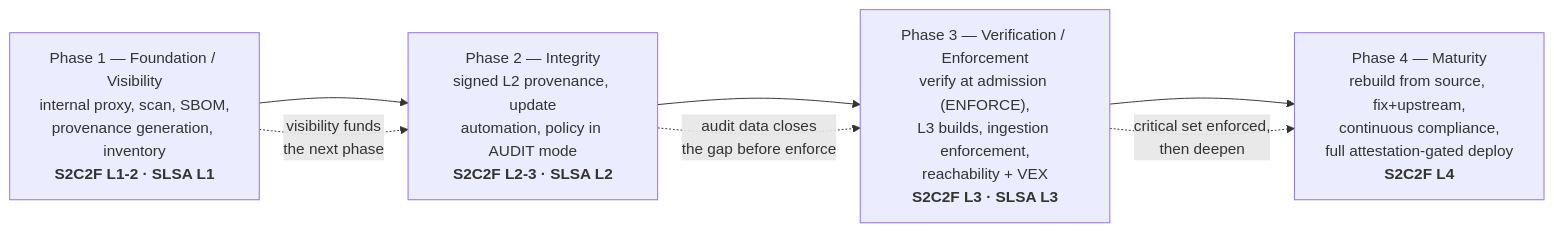
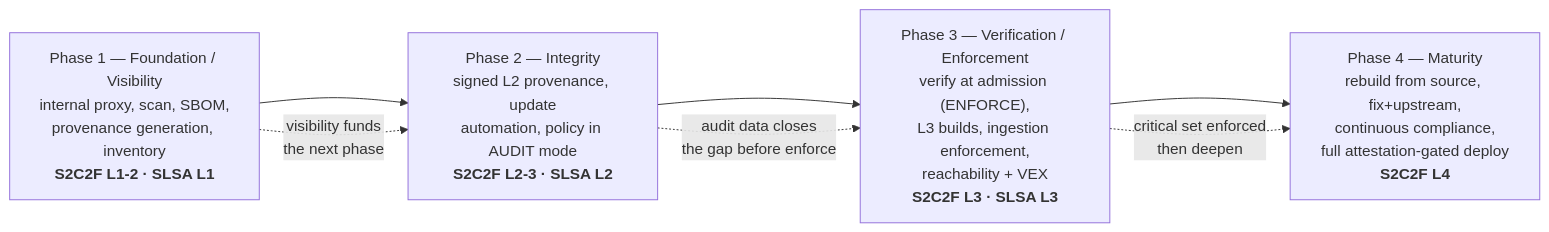
One commit to bumbsclaw/textbooks changed the fifth of 8 diagrams in book-08-governance-ir/ch02-adopting-slsa-s2c2f.md. Above: the diagram before and after it, drawn with Mermaid. The commit also changed other lines of this file and 173 other files, not shown here.

First line of the commit message:
fix(mermaid): close note brackets, semicolons in Notes, stateDiagram br -> dash, edge parens

````diff
--- a/book-08-governance-ir/ch02-adopting-slsa-s2c2f.md
+++ b/book-08-governance-ir/ch02-adopting-slsa-s2c2f.md
@@ -399,11 +399,11 @@
 ```mermaid
 flowchart LR
     P1["Phase 1 — Foundation / Visibility<br/>internal proxy, scan, SBOM,<br/>provenance generation, inventory<br/><b>S2C2F L1-2 · SLSA L1</b>"]
     P2["Phase 2 — Integrity<br/>signed L2 provenance, update<br/>automation, policy in AUDIT mode<br/><b>S2C2F L2-3 · SLSA L2</b>"]
     P3["Phase 3 — Verification / Enforcement<br/>verify at admission (ENFORCE),<br/>L3 builds, ingestion enforcement,<br/>reachability + VEX<br/><b>S2C2F L3 · SLSA L3</b>"]
     P4["Phase 4 — Maturity<br/>rebuild from source, fix+upstream,<br/>continuous compliance,<br/>full attestation-gated deploy<br/><b>S2C2F L4</b>"]
     P1 --> P2 --> P3 --> P4
-    P1 -.->|"visibility funds<br/>the next phase"| P2
-    P2 -.->|"audit data closes<br/>the gap before enforce"| P3
-    P3 -.->|"critical set enforced,<br/>then deepen"| P4
+    P1 -.->|"visibility funds<br >the next phase"| P2
+    P2 -.->|"audit data closes<br >the gap before enforce"| P3
+    P3 -.->|"critical set enforced <br >then deepen"| P4
 ```
````
